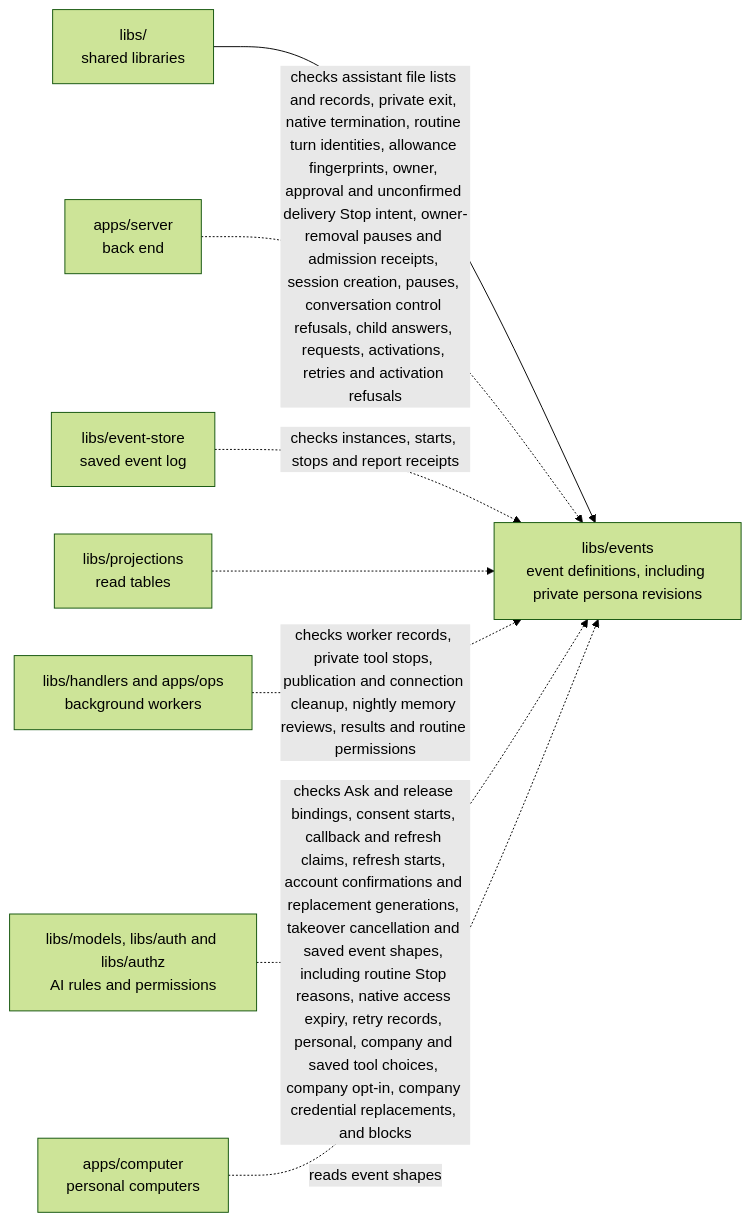
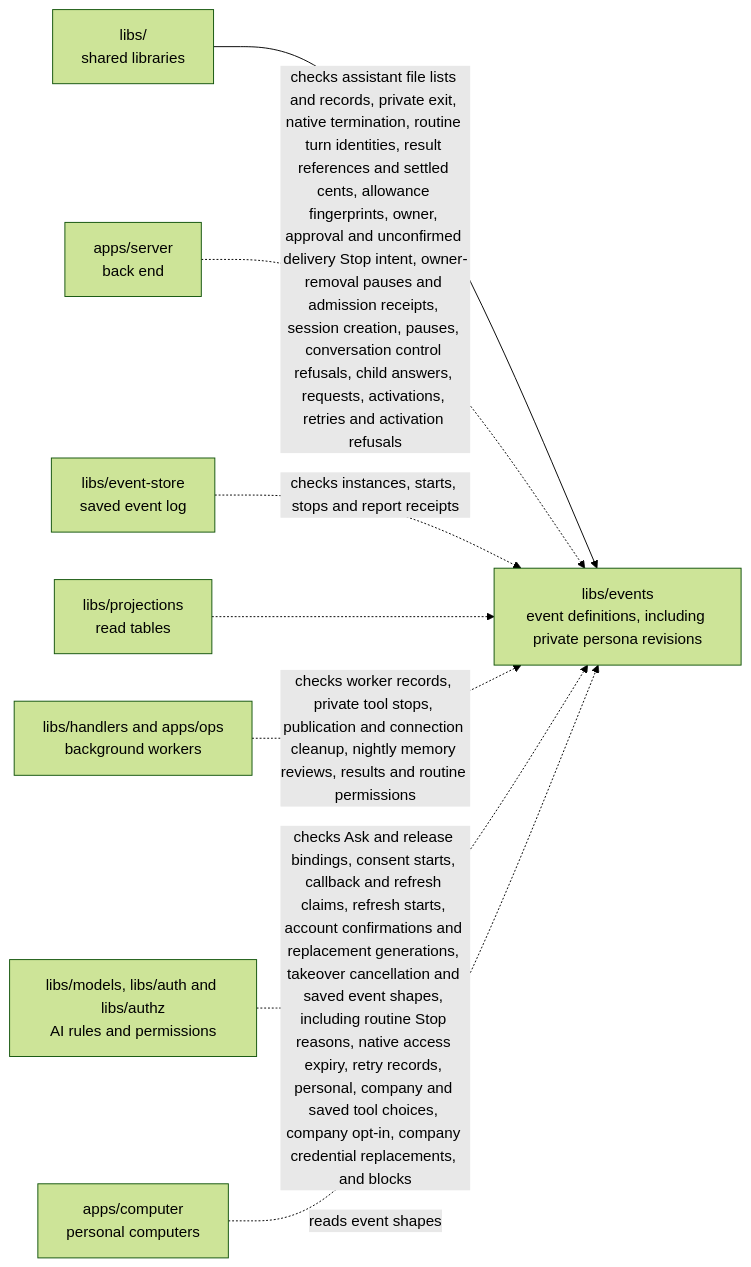
Before and after one commit to elewa-git/opencrane-new: the diagram in libs/events/README.md, drawn with Mermaid (forest theme). The commit also changed other lines of this file and 11 other files, not shown here.

````diff
--- a/libs/events/README.md
+++ b/libs/events/README.md
@@ -55,10 +55,10 @@
 ```mermaid
 flowchart LR
   parent["libs/<br/>shared libraries"] --> events["libs/events<br/>event definitions, including private persona revisions"]
-  server["apps/server<br/>back end"] -.->|checks assistant file lists and records, private exit, native termination, routine turn identities, allowance fingerprints, owner, approval and unconfirmed delivery Stop intent, owner-removal pauses and admission receipts, session creation, pauses, conversation control refusals, child answers, requests, activations, retries and activation refusals| events
+  server["apps/server<br/>back end"] -.->|checks assistant file lists and records, private exit, native termination, routine turn identities, result references and settled cents, allowance fingerprints, owner, approval and unconfirmed delivery Stop intent, owner-removal pauses and admission receipts, session creation, pauses, conversation control refusals, child answers, requests, activations, retries and activation refusals| events
   store["libs/event-store<br/>saved event log"] -.->|checks instances, starts, stops and report receipts| events
   projections["libs/projections<br/>read tables"] -.-> events
   workers["libs/handlers and apps/ops<br/>background workers"] -.->|checks worker records, private tool stops, publication and connection cleanup, nightly memory reviews, results and routine permissions| events
   models["libs/models, libs/auth and libs/authz<br/>AI rules and permissions"] -.->|checks Ask and release bindings, consent starts, callback and refresh claims, refresh starts, account confirmations and replacement generations, takeover cancellation and saved event shapes, including routine Stop reasons, native access expiry, retry records, personal, company and saved tool choices, company opt-in, company credential replacements, and blocks| events
   computer["apps/computer<br/>personal computers"] -.->|reads event shapes| events
 ```
````
